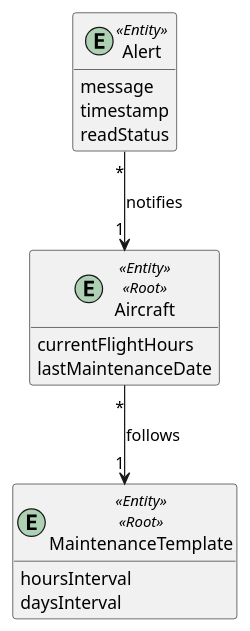
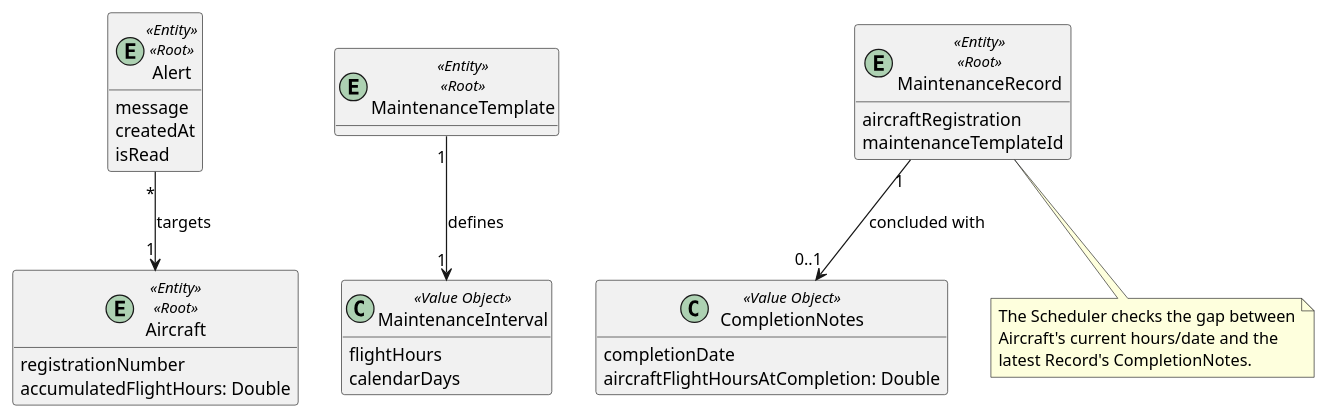
One commit to caetanotiago/PSOFT changed the diagram in docs/sytem-documentation/US222/puml/US222-DM.puml. Above: the diagram before and after it, drawn with PlantUML. The commit also changed 46 other files, not shown here.

```diff
--- a/docs/sytem-documentation/US222/puml/US222-DM.puml
+++ b/docs/sytem-documentation/US222/puml/US222-DM.puml
@@ -1,22 +1,40 @@
 @startuml
 hide methods
 
 entity Aircraft <<Entity>> <<Root>> {
-  currentFlightHours
-  lastMaintenanceDate
+  registrationNumber
+  accumulatedFlightHours: Double
 }
 
-entity MaintenanceTemplate <<Entity>> <<Root>> {
-  hoursInterval
-  daysInterval
+entity MaintenanceTemplate <<Entity>> <<Root>>
+class MaintenanceInterval <<Value Object>> {
+  flightHours
+  calendarDays
 }
 
-entity Alert <<Entity>> {
-  message
-  timestamp
-  readStatus
+entity MaintenanceRecord <<Entity>> <<Root>> {
+  aircraftRegistration
+  maintenanceTemplateId
 }
 
-Aircraft "*" --> "1" MaintenanceTemplate : follows
-Alert "*" --> "1" Aircraft : notifies
+class CompletionNotes <<Value Object>> {
+  completionDate
+  aircraftFlightHoursAtCompletion: Double
+}
+
+entity Alert <<Entity>> <<Root>> {
+  message
+  createdAt
+  isRead
+}
+
+MaintenanceTemplate "1" --> "1" MaintenanceInterval : defines
+MaintenanceRecord "1" --> "0..1" CompletionNotes : concluded with
+Alert "*" --> "1" Aircraft : targets
+
+note bottom of MaintenanceRecord
+  The Scheduler checks the gap between
+  Aircraft's current hours/date and the
+  latest Record's CompletionNotes.
+end note
 @enduml
```
